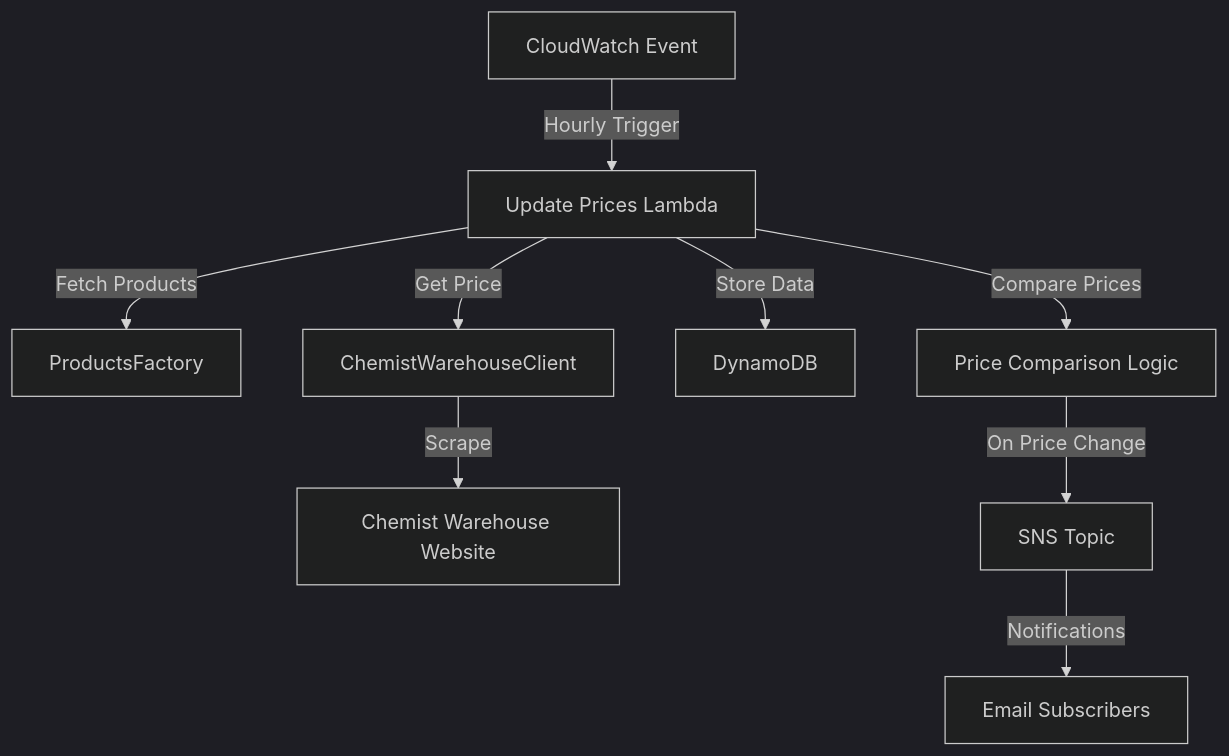
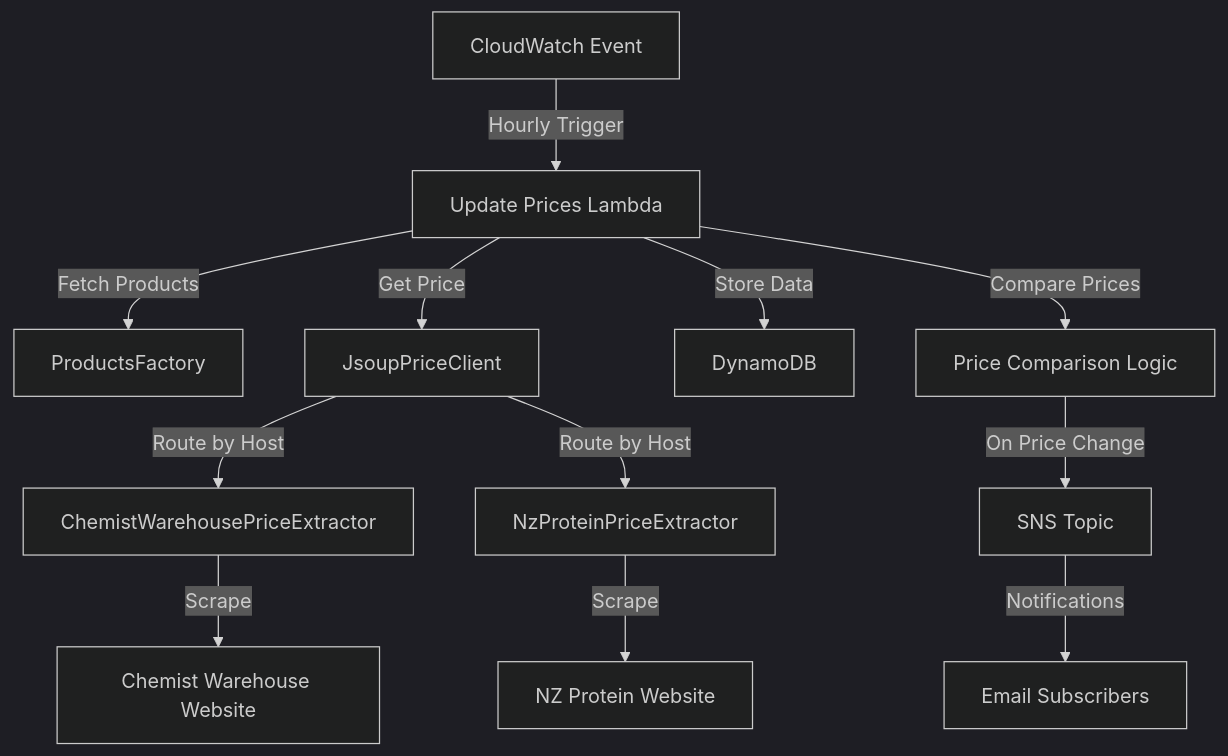
Before and after one commit to jordansimsmith/jordansimsmith-com: the diagram in price_tracker_api/README.md, drawn with Mermaid (dark theme). The commit also changed other lines of this file and 11 other files, not shown here.

````diff
--- a/price_tracker_api/README.md
+++ b/price_tracker_api/README.md
@@ -7,11 +7,14 @@
 ```mermaid
 graph TD
   A[CloudWatch Event] -->|Hourly Trigger| B[Update Prices Lambda]
   B -->|Fetch Products| C[ProductsFactory]
-  B -->|Get Price| D[ChemistWarehouseClient]
-  D -->|Scrape| E[Chemist Warehouse Website]
-  B -->|Store Data| F[DynamoDB]
-  B -->|Compare Prices| G[Price Comparison Logic]
-  G -->|On Price Change| H[SNS Topic]
-  H -->|Notifications| I[Email Subscribers]
+  B -->|Get Price| D[JsoupPriceClient]
+  D -->|Route by Host| E[ChemistWarehousePriceExtractor]
+  D -->|Route by Host| F[NzProteinPriceExtractor]
+  E -->|Scrape| G[Chemist Warehouse Website]
+  F -->|Scrape| H[NZ Protein Website]
+  B -->|Store Data| I[DynamoDB]
+  B -->|Compare Prices| J[Price Comparison Logic]
+  J -->|On Price Change| K[SNS Topic]
+  K -->|Notifications| L[Email Subscribers]
 ```
````
